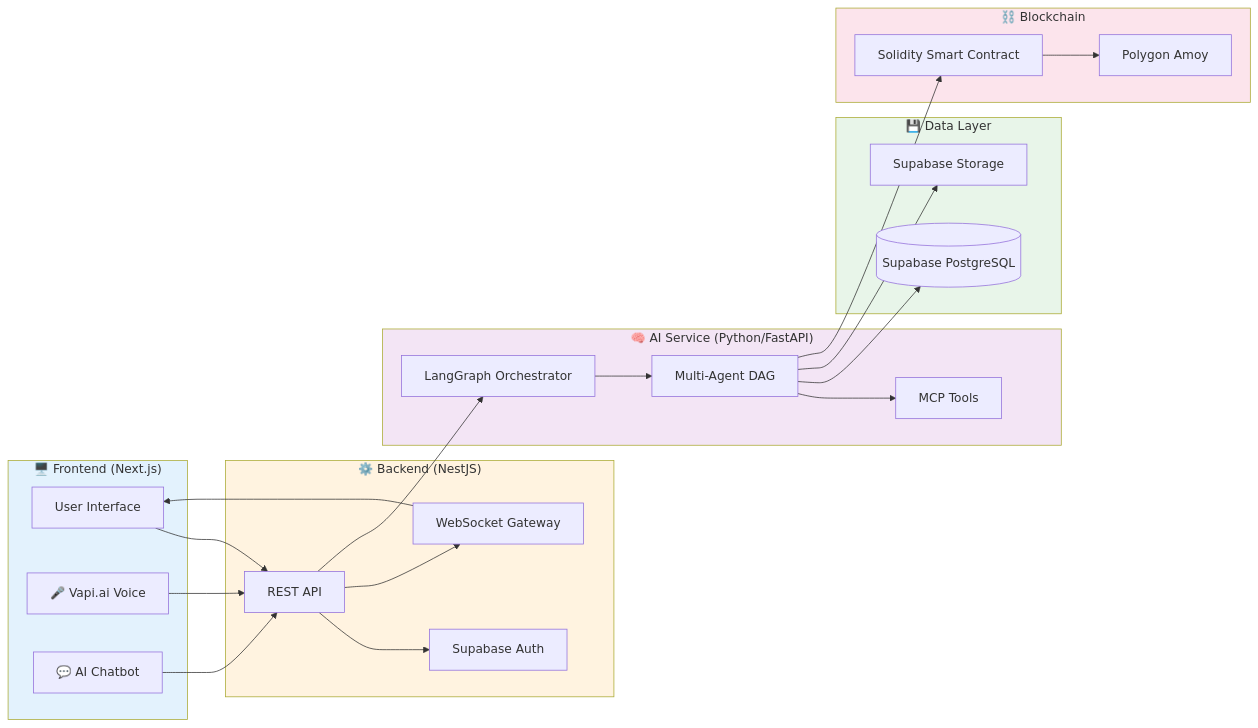
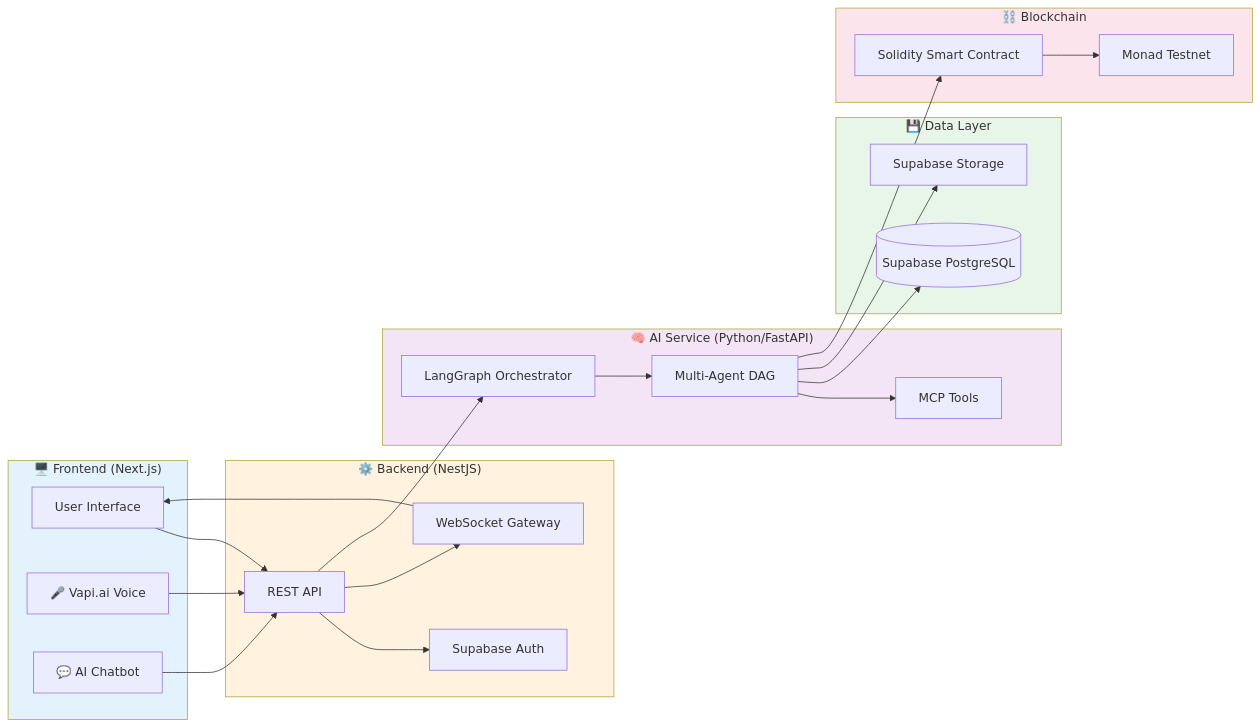
One commit to HORRIDBEAST/DecDemo changed the second of 2 diagrams in README.md. Above: the diagram before and after it, drawn with Mermaid. The commit also changed other lines of this file and 3 other files, not shown here.

````diff
--- a/README.md
+++ b/README.md
@@ -172,50 +188,50 @@
 ```mermaid
 graph LR
     subgraph Client ["🖥️ Frontend (Next.js)"]
         UI[User Interface]
         Voice[🎤 Vapi.ai Voice]
         Chatbot[💬 AI Chatbot]
     end
     
     subgraph Backend ["⚙️ Backend (NestJS)"]
         API[REST API]
         WS[WebSocket Gateway]
         Auth[Supabase Auth]
     end
     
     subgraph AI ["🧠 AI Service (Python/FastAPI)"]
         LG[LangGraph Orchestrator]
         Agents[Multi-Agent DAG]
         MCP[MCP Tools]
     end
     
     subgraph Data ["💾 Data Layer"]
         DB[(Supabase PostgreSQL)]
         Storage[Supabase Storage]
     end
     
     subgraph Blockchain ["⛓️ Blockchain"]
         Contract[Solidity Smart Contract]
-        Polygon[Polygon Amoy]
+        Monad[Monad Testnet]
     end
     
     UI --> API
     Voice --> API
     Chatbot --> API
     API --> Auth
     API --> WS
     API --> LG
     WS --> UI
     LG --> Agents
     Agents --> MCP
     Agents --> DB
     Agents --> Storage
     Agents --> Contract
-    Contract --> Polygon
+    Contract --> Monad
     
     style Client fill:#e3f2fd
     style Backend fill:#fff3e0
     style AI fill:#f3e5f5
     style Data fill:#e8f5e9
     style Blockchain fill:#fce4ec
 ```
````
